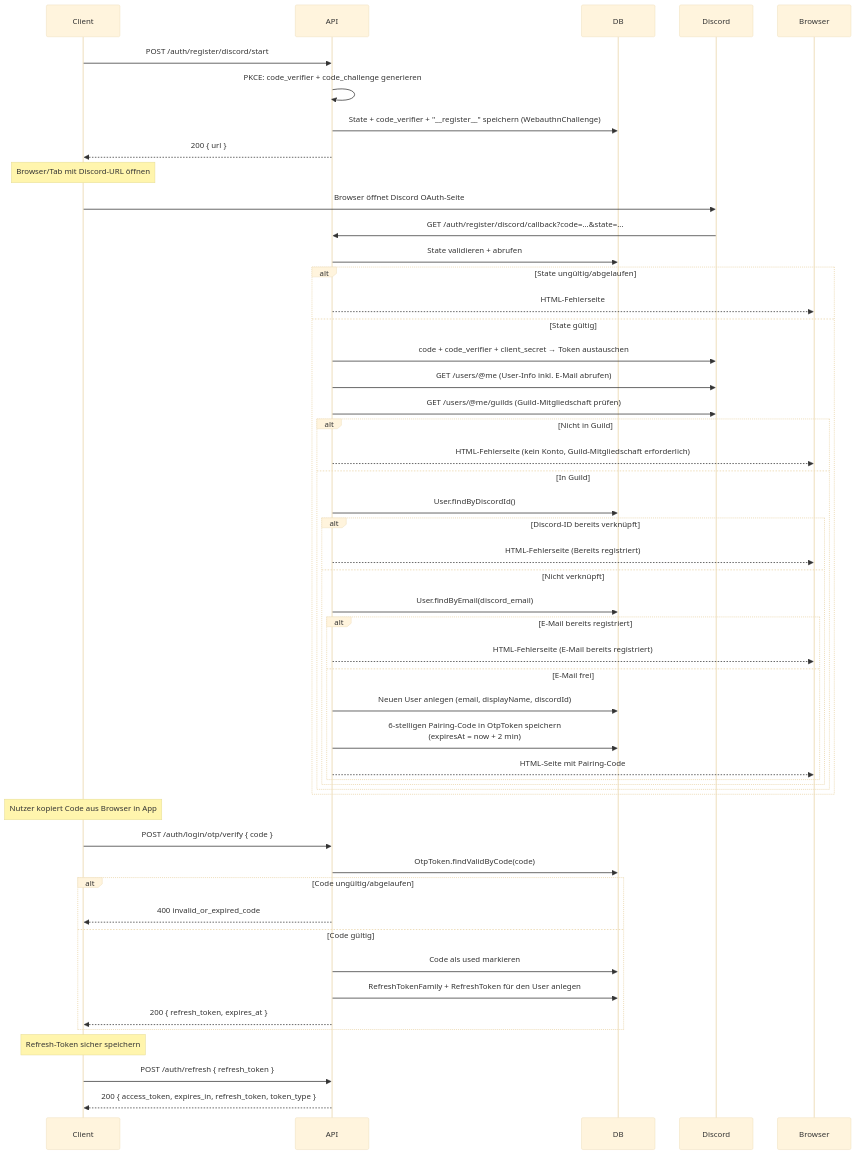
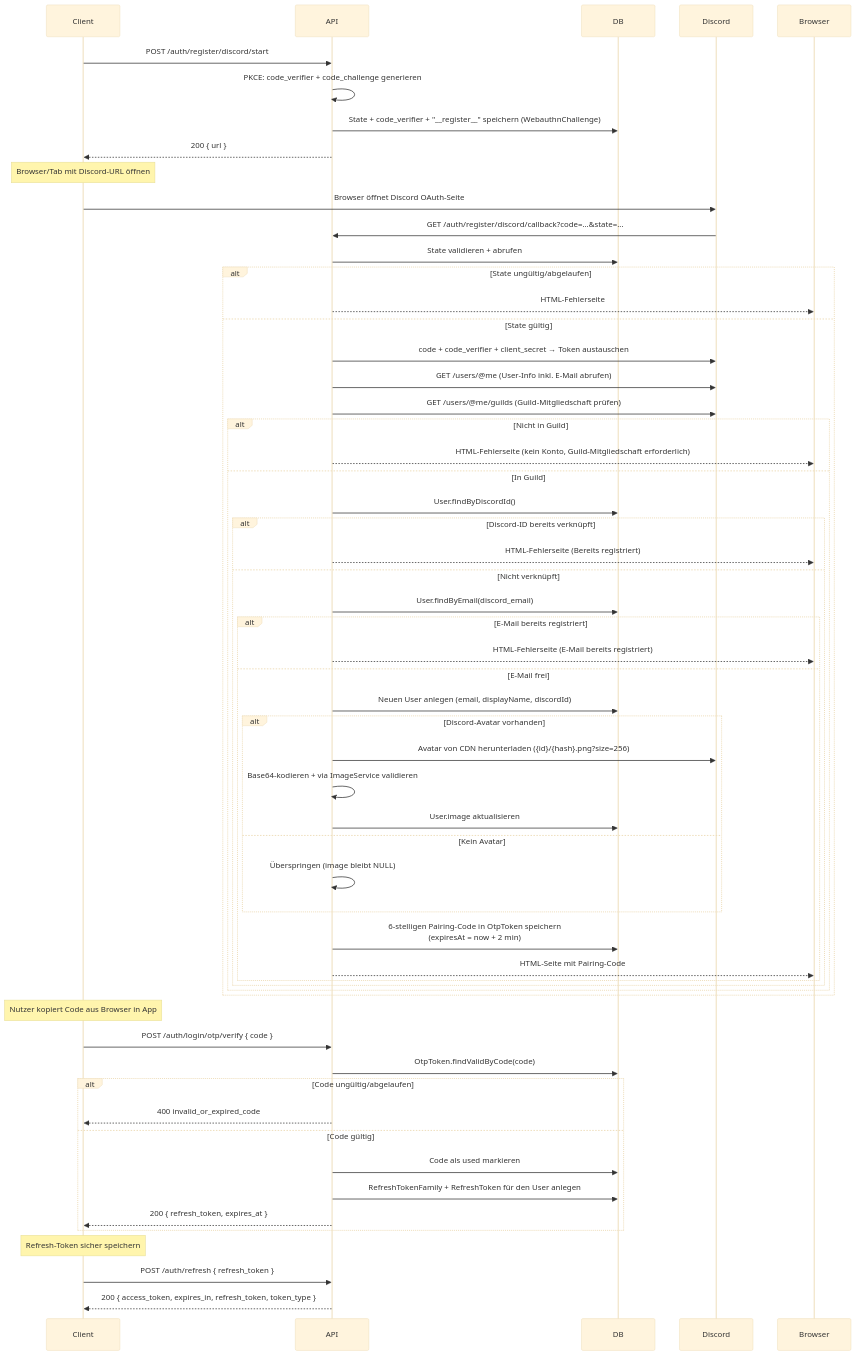
One commit to RntMarc/SinclearAPI changed the third of 3 diagrams in docs/auth/login.md. Above: the diagram before and after it, drawn with Mermaid (base theme). The commit also changed other lines of this file and 2 other files, not shown here.

Commit message:
set discord pic on register

````diff
--- a/docs/auth/login.md
+++ b/docs/auth/login.md
@@ -134,59 +134,66 @@
 ```mermaid
 sequenceDiagram
     participant Client
     participant API
     participant DB
     participant Discord
 
     Client->>API: POST /auth/register/discord/start
     API->>API: PKCE: code_verifier + code_challenge generieren
     API->>DB: State + code_verifier + "__register__" speichern (WebauthnChallenge)
     API-->>Client: 200 { url }
 
     Note over Client: Browser/Tab mit Discord-URL öffnen
 
     Client->>Discord: Browser öffnet Discord OAuth-Seite
     Discord->>API: GET /auth/register/discord/callback?code=...&state=...
     API->>DB: State validieren + abrufen
     alt State ungültig/abgelaufen
         API-->>Browser: HTML-Fehlerseite
     else State gültig
         API->>Discord: code + code_verifier + client_secret → Token austauschen
         API->>Discord: GET /users/@me (User-Info inkl. E-Mail abrufen)
         API->>Discord: GET /users/@me/guilds (Guild-Mitgliedschaft prüfen)
         alt Nicht in Guild
             API-->>Browser: HTML-Fehlerseite (kein Konto, Guild-Mitgliedschaft erforderlich)
         else In Guild
             API->>DB: User.findByDiscordId()
             alt Discord-ID bereits verknüpft
                 API-->>Browser: HTML-Fehlerseite (Bereits registriert)
             else Nicht verknüpft
                 API->>DB: User.findByEmail(discord_email)
                 alt E-Mail bereits registriert
                     API-->>Browser: HTML-Fehlerseite (E-Mail bereits registriert)
                 else E-Mail frei
                     API->>DB: Neuen User anlegen (email, displayName, discordId)
+                    alt Discord-Avatar vorhanden
+                        API->>Discord: Avatar von CDN herunterladen ({id}/{hash}.png?size=256)
+                        API->>API: Base64-kodieren + via ImageService validieren
+                        API->>DB: User.image aktualisieren
+                    else Kein Avatar
+                        API->>API: Überspringen (image bleibt NULL)
+                    end
                     API->>DB: 6-stelligen Pairing-Code in OtpToken speichern<br/>(expiresAt = now + 2 min)
                     API-->>Browser: HTML-Seite mit Pairing-Code
                 end
             end
         end
     end
 
     Note over Client: Nutzer kopiert Code aus Browser in App
 
     Client->>API: POST /auth/login/otp/verify { code }
     API->>DB: OtpToken.findValidByCode(code)
     alt Code ungültig/abgelaufen
         API-->>Client: 400 invalid_or_expired_code
     else Code gültig
         API->>DB: Code als used markieren
         API->>DB: RefreshTokenFamily + RefreshToken für den User anlegen
         API-->>Client: 200 { refresh_token, expires_at }
     end
 
     Note over Client: Refresh-Token sicher speichern
 
     Client->>API: POST /auth/refresh { refresh_token }
     API-->>Client: 200 { access_token, expires_in, refresh_token, token_type }
 ```
````
